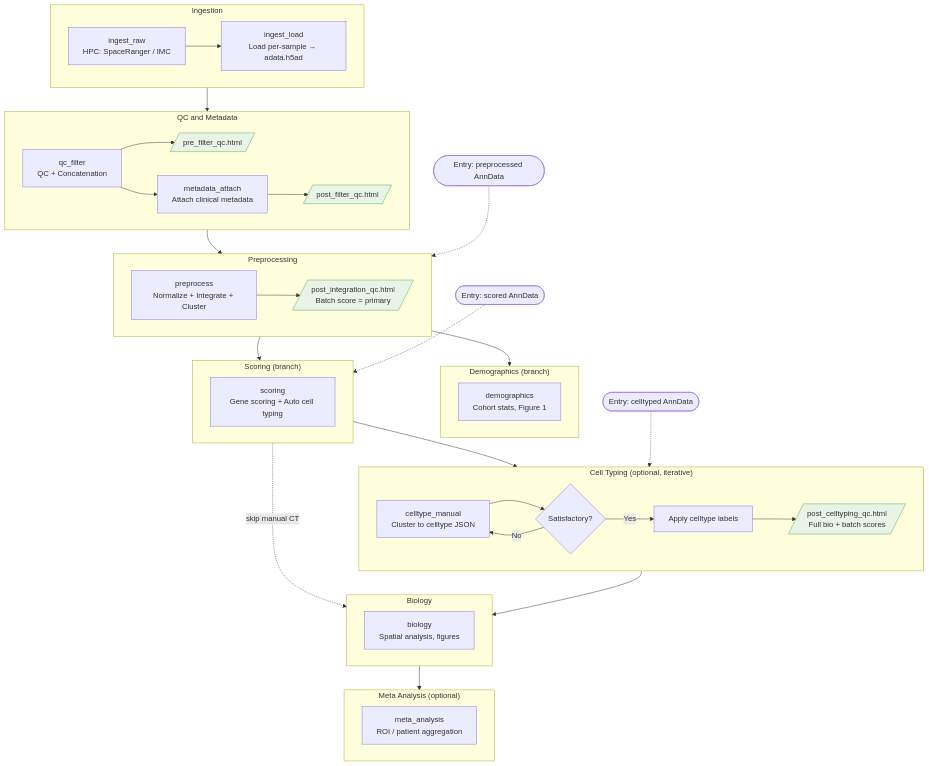
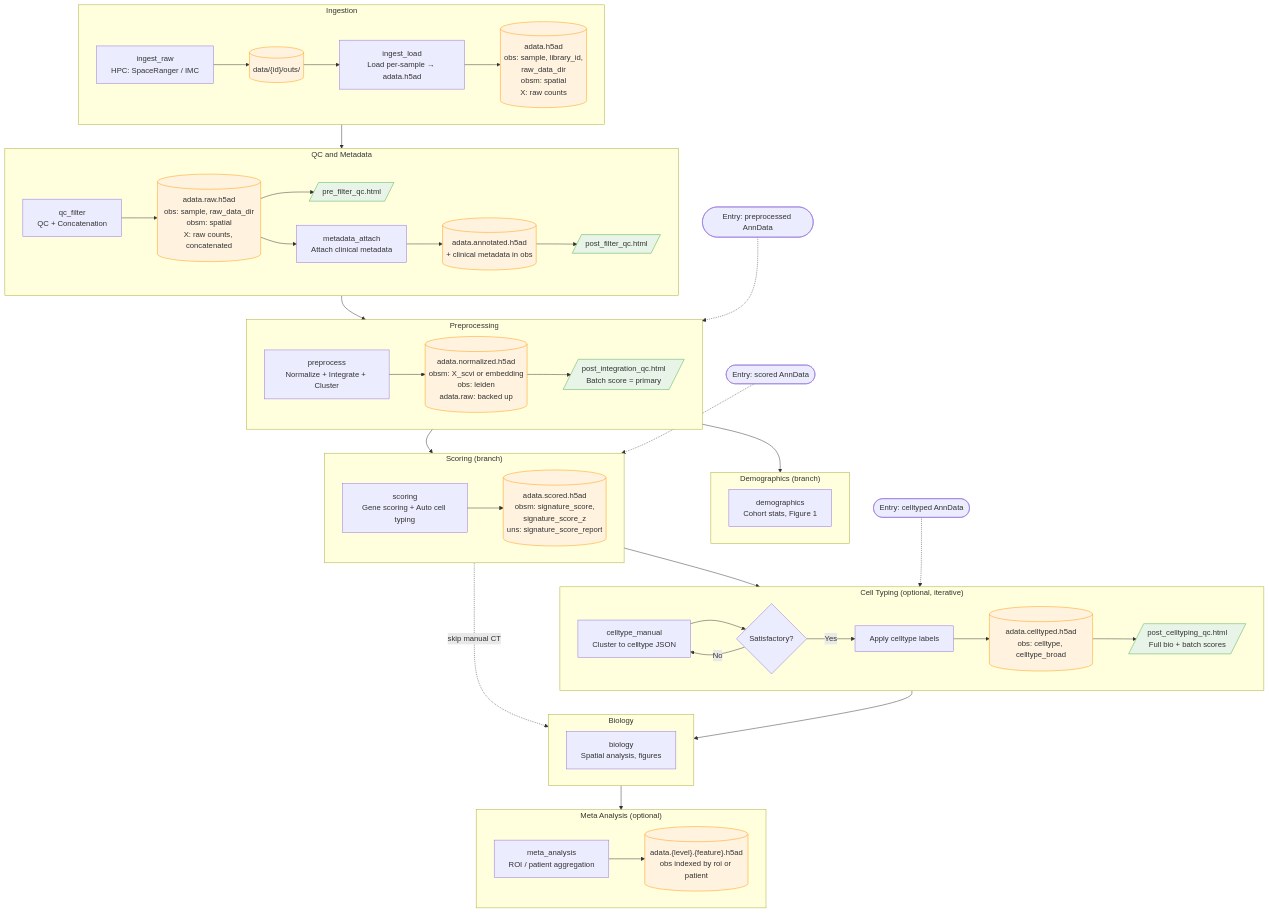
The diagram in README.md (yoffelab/sc_tools), drawn with Mermaid before and after one commit. The commit also changed other lines of this file and 2 other files, not shown here.

Commit message:
docs: add checkpoint nodes with required data to pipeline diagram
- README.md: Mermaid diagram now shows orange checkpoint nodes at each
  phase with key required adata fields (obs keys, obsm, X format).
  Phase table replaced with expanded version including Required Data
  column and legend for node shapes/colors.
- CLAUDE.md: phase table gains Required Data column with concise
  validation contracts per checkpoint.
- Mission.md: phasing table restructured with Checkpoint and Required
  Data columns; Phase 0 split into 0a/0b rows for clarity.

All checkpoint contracts match Architecture.md Section 2.2.

````diff
--- a/README.md
+++ b/README.md
@@ -70,56 +70,70 @@
 ```mermaid
 flowchart TD
     subgraph ING["Ingestion"]
-        Z1["ingest_raw<br/>HPC: SpaceRanger / IMC"] --> Z2["ingest_load<br/>Load per-sample → adata.h5ad"]
+        Z1["ingest_raw<br/>HPC: SpaceRanger / IMC"] --> CP0a[("data/{id}/outs/")]
+        CP0a --> Z2["ingest_load<br/>Load per-sample → adata.h5ad"]
+        Z2 --> CP0b[("adata.h5ad<br/>obs: sample, library_id,<br/>raw_data_dir<br/>obsm: spatial<br/>X: raw counts")]
     end
 
     subgraph QC["QC and Metadata"]
-        A1["qc_filter<br/>QC + Concatenation"] --> QR1[/"pre_filter_qc.html"/]
-        A1 --> A2["metadata_attach<br/>Attach clinical metadata"]
-        A2 --> QR2[/"post_filter_qc.html"/]
+        A1["qc_filter<br/>QC + Concatenation"] --> CP1[("adata.raw.h5ad<br/>obs: sample, raw_data_dir<br/>obsm: spatial<br/>X: raw counts, concatenated")]
+        CP1 --> QR1[/"pre_filter_qc.html"/]
+        CP1 --> A2["metadata_attach<br/>Attach clinical metadata"]
+        A2 --> CP2[("adata.annotated.h5ad<br/>+ clinical metadata in obs")]
+        CP2 --> QR2[/"post_filter_qc.html"/]
     end
 
     subgraph PRE["Preprocessing"]
-        C1["preprocess<br/>Normalize + Integrate + Cluster"] --> QR3[/"post_integration_qc.html<br/>Batch score = primary"/]
+        C1["preprocess<br/>Normalize + Integrate + Cluster"] --> CP3[("adata.normalized.h5ad<br/>obsm: X_scvi or embedding<br/>obs: leiden<br/>adata.raw: backed up")]
+        CP3 --> QR3[/"post_integration_qc.html<br/>Batch score = primary"/]
     end
 
     subgraph DEM["Demographics (branch)"]
         D1["demographics<br/>Cohort stats, Figure 1"]
     end
 
     subgraph SCO["Scoring (branch)"]
-        D3["scoring<br/>Gene scoring + Auto cell typing"]
+        D3["scoring<br/>Gene scoring + Auto cell typing"] --> CP35[("adata.scored.h5ad<br/>obsm: signature_score,<br/>signature_score_z<br/>uns: signature_score_report")]
     end
 
     subgraph CT["Cell Typing (optional, iterative)"]
         E1["celltype_manual<br/>Cluster to celltype JSON"] --> E2{Satisfactory?}
         E2 -->|No| E1
         E2 -->|Yes| E3[Apply celltype labels]
-        E3 --> QR4[/"post_celltyping_qc.html<br/>Full bio + batch scores"/]
+        E3 --> CP4[("adata.celltyped.h5ad<br/>obs: celltype, celltype_broad")]
+        CP4 --> QR4[/"post_celltyping_qc.html<br/>Full bio + batch scores"/]
     end
 
     subgraph BIO["Biology"]
         F1["biology<br/>Spatial analysis, figures"]
     end
 
     subgraph META["Meta Analysis (optional)"]
-        G1["meta_analysis<br/>ROI / patient aggregation"]
+        G1["meta_analysis<br/>ROI / patient aggregation"] --> CP67[("adata.{level}.{feature}.h5ad<br/>obs indexed by roi or patient")]
     end
 
     ING --> QC --> PRE
     PRE --> DEM
     PRE --> SCO
     SCO --> CT
     SCO -.->|skip manual CT| BIO
     CT --> BIO
     BIO --> META
 
     START_P3(["Entry: preprocessed AnnData"]) -.-> PRE
     START_P35(["Entry: scored AnnData"]) -.-> SCO
     START_P4(["Entry: celltyped AnnData"]) -.-> CT
 
+    style CP0a fill:#fff3e0,stroke:#ff9800
+    style CP0b fill:#fff3e0,stroke:#ff9800
+    style CP1 fill:#fff3e0,stroke:#ff9800
+    style CP2 fill:#fff3e0,stroke:#ff9800
+    style CP3 fill:#fff3e0,stroke:#ff9800
+    style CP35 fill:#fff3e0,stroke:#ff9800
+    style CP4 fill:#fff3e0,stroke:#ff9800
+    style CP67 fill:#fff3e0,stroke:#ff9800
     style QR1 fill:#e8f4e8,stroke:#4caf50
     style QR2 fill:#e8f4e8,stroke:#4caf50
     style QR3 fill:#e8f4e8,stroke:#4caf50
     style QR4 fill:#e8f4e8,stroke:#4caf50
 ```
````
